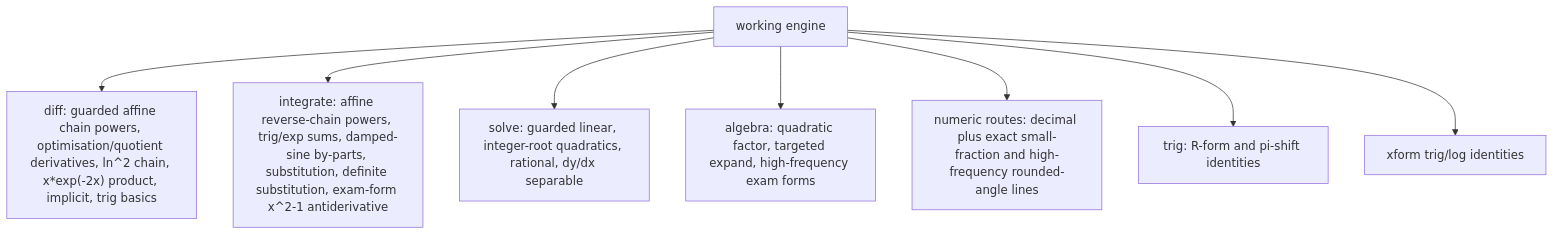
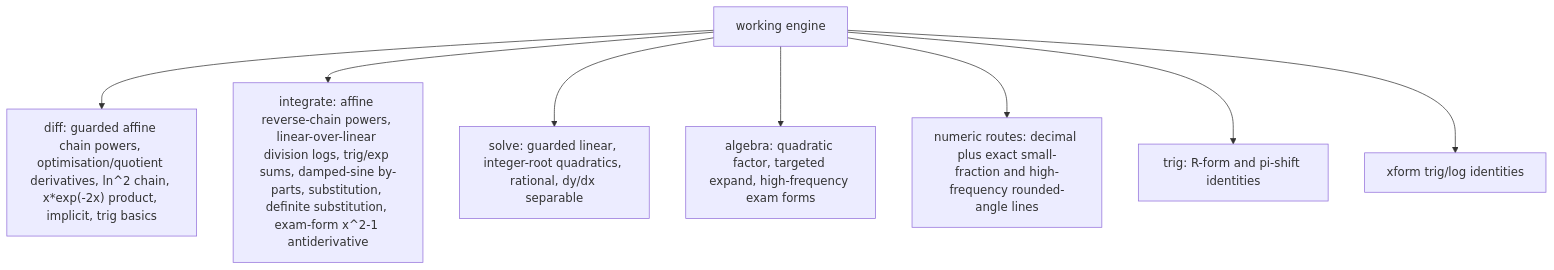
One commit to james8464/notes-addin-casio-fx-cg50 changed the third of 6 diagrams in docs/GRAPH.md. Above: the diagram before and after it, drawn with Mermaid. The commit also changed other lines of this file and 4 other files, not shown here.

````diff
--- a/docs/GRAPH.md
+++ b/docs/GRAPH.md
@@ -36,10 +36,10 @@
 ```mermaid
 graph TD
   Work["working engine"] --> Diff["diff: guarded affine chain powers, optimisation/quotient derivatives, ln^2 chain, x*exp(-2x) product, implicit, trig basics"]
-  Work --> Int["integrate: affine reverse-chain powers, trig/exp sums, damped-sine by-parts, substitution, definite substitution, exam-form x^2-1 antiderivative"]
+  Work --> Int["integrate: affine reverse-chain powers, linear-over-linear division logs, trig/exp sums, damped-sine by-parts, substitution, definite substitution, exam-form x^2-1 antiderivative"]
   Work --> Solve["solve: guarded linear, integer-root quadratics, rational, dy/dx separable"]
   Work --> Alg["algebra: quadratic factor, targeted expand, high-frequency exam forms"]
   Work --> Num["numeric routes: decimal plus exact small-fraction and high-frequency rounded-angle lines"]
   Work --> Trig["trig: R-form and pi-shift identities"]
   Work --> Xform["xform trig/log identities"]
 ```
````
